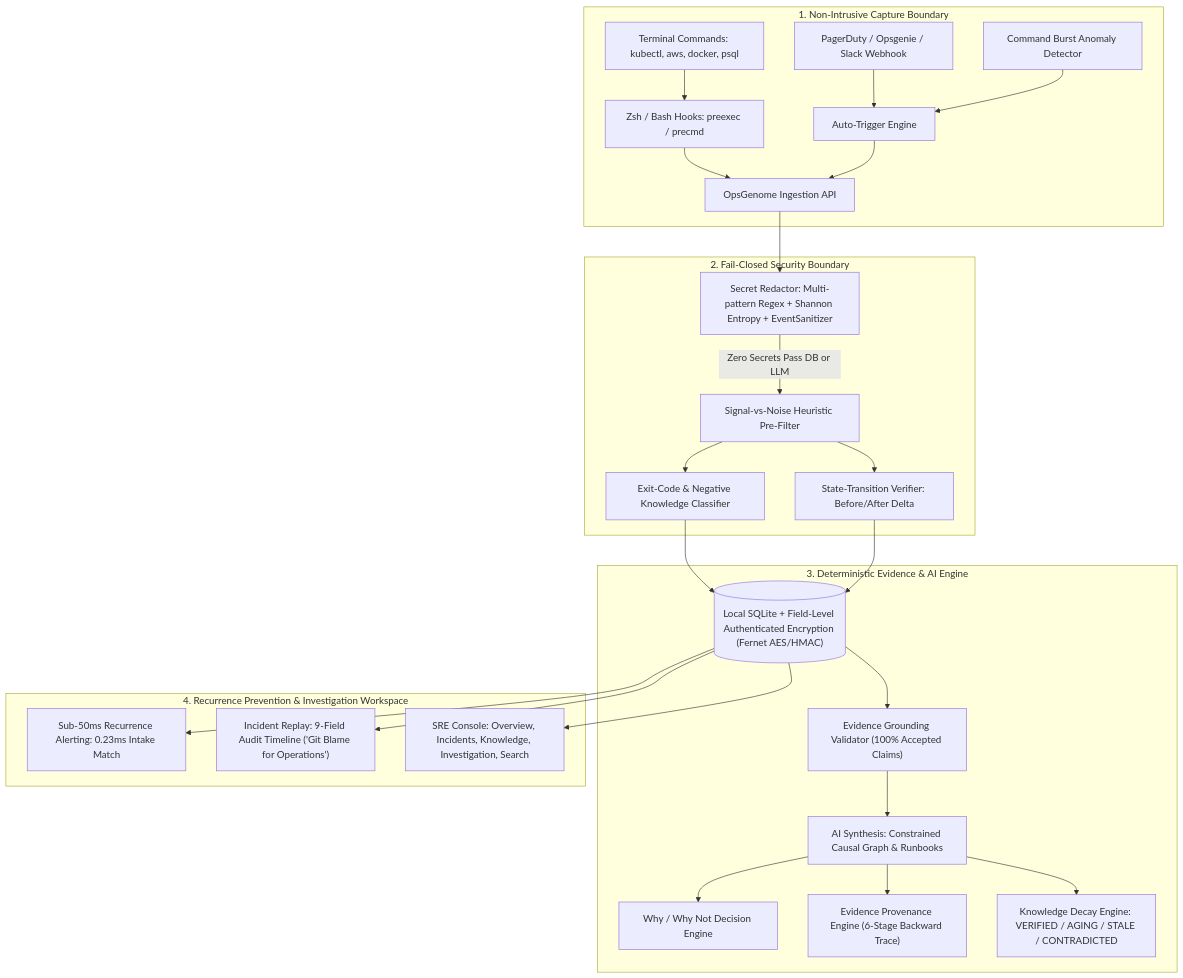
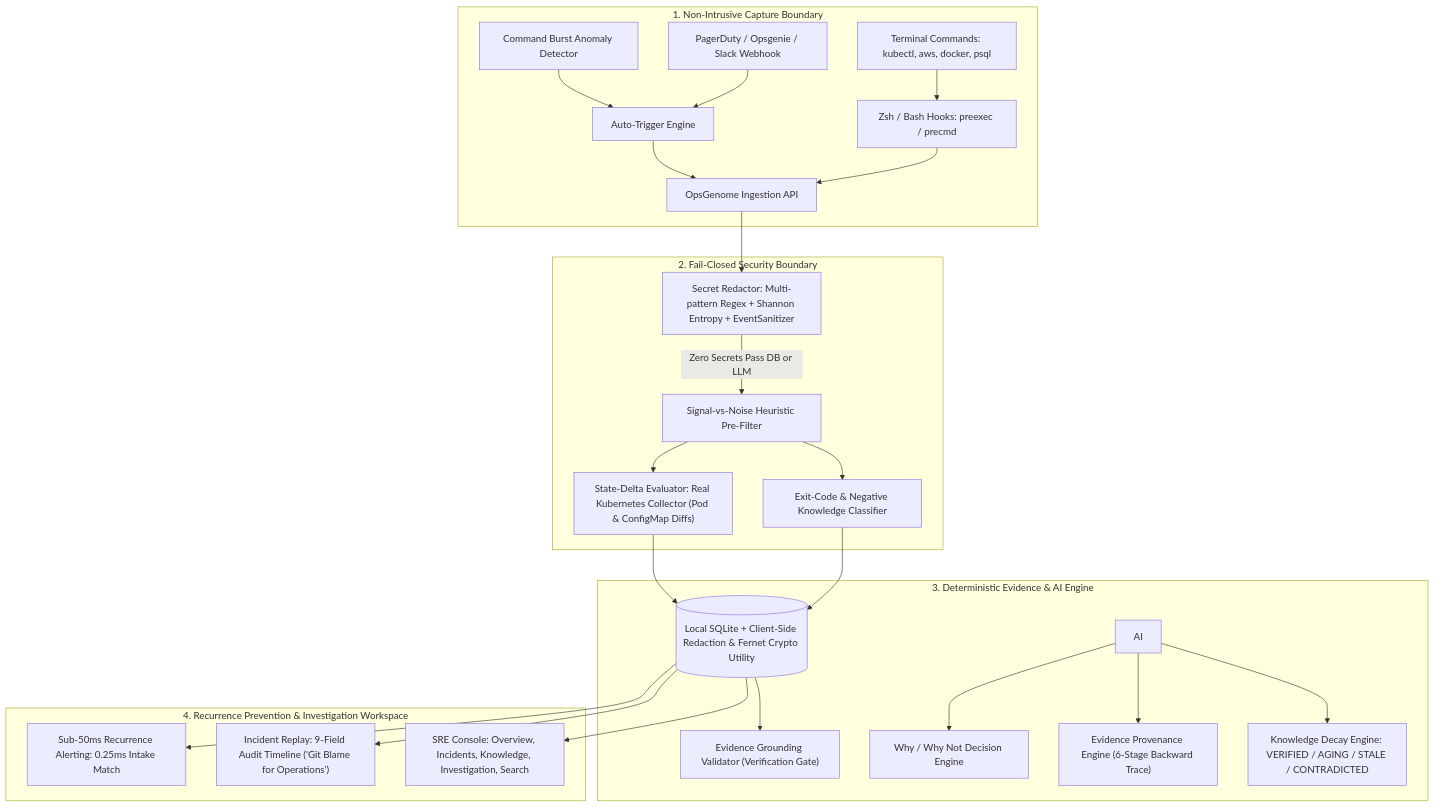
The diagram in README.md (Codexia-afk/OpsGENOME_-Metamorph-), drawn with Mermaid before and after one commit. The commit also changed other lines of this file and 20 other files, not shown here.

First line of the commit message:
feat: complete hackathon audit fixes, real k8s state collector, client redaction, and honest grounding metrics

````diff
--- a/README.md
+++ b/README.md
@@ -30,32 +30,31 @@
 ```mermaid
 flowchart TD
     subgraph Ingestion["1. Non-Intrusive Capture Boundary"]
         T1["Terminal Commands: kubectl, aws, docker, psql"] --> SH["Zsh / Bash Hooks: preexec / precmd"]
         W1["PagerDuty / Opsgenie / Slack Webhook"] --> AT["Auto-Trigger Engine"]
         W2["Command Burst Anomaly Detector"] --> AT
         SH --> D1["OpsGenome Ingestion API"]
         AT --> D1
     end
 
     subgraph Security["2. Fail-Closed Security Boundary"]
         D1 --> SR["Secret Redactor: Multi-pattern Regex + Shannon Entropy + EventSanitizer"]
         SR -->|Zero Secrets Pass DB or LLM| SF["Signal-vs-Noise Heuristic Pre-Filter"]
         SF --> EW["Exit-Code & Negative Knowledge Classifier"]
-        SF --> SD["State-Transition Verifier: Before/After Delta"]
+        SF --> SD["State-Delta Evaluator: Real Kubernetes Collector (Pod & ConfigMap Diffs)"]
     end
 
     subgraph StorageAI["3. Deterministic Evidence & AI Engine"]
-        EW & SD --> DB[("Local SQLite + Field-Level Authenticated Encryption (Fernet AES/HMAC)")]
-        DB --> EE["Evidence Grounding Validator (100% Accepted Claims)"]
-        EE --> AI["AI Synthesis: Constrained Causal Graph & Runbooks"]
+        EW & SD --> DB[("Local SQLite + Client-Side Redaction & Fernet Crypto Utility")]
+        DB --> EE["Evidence Grounding Validator (Verification Gate)"]
         AI --> WHY["Why / Why Not Decision Engine"]
         AI --> PROV["Evidence Provenance Engine (6-Stage Backward Trace)"]
         AI --> KD["Knowledge Decay Engine: VERIFIED / AGING / STALE / CONTRADICTED"]
     end
 
     subgraph PreventionUX["4. Recurrence Prevention & Investigation Workspace"]
-        DB --> REC["Sub-50ms Recurrence Alerting: 0.23ms Intake Match"]
+        DB --> REC["Sub-50ms Recurrence Alerting: 0.25ms Intake Match"]
         DB --> IR["Incident Replay: 9-Field Audit Timeline ('Git Blame for Operations')"]
         DB --> WEB["SRE Console: Overview, Incidents, Knowledge, Investigation, Search"]
     end
 ```
````
